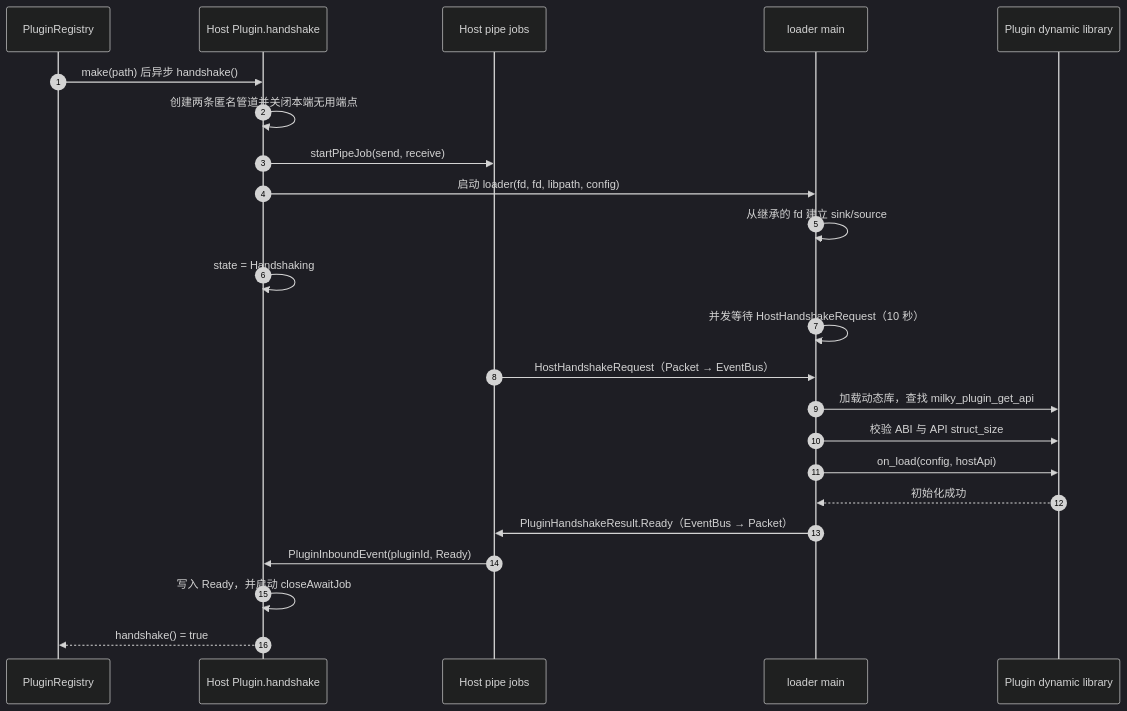
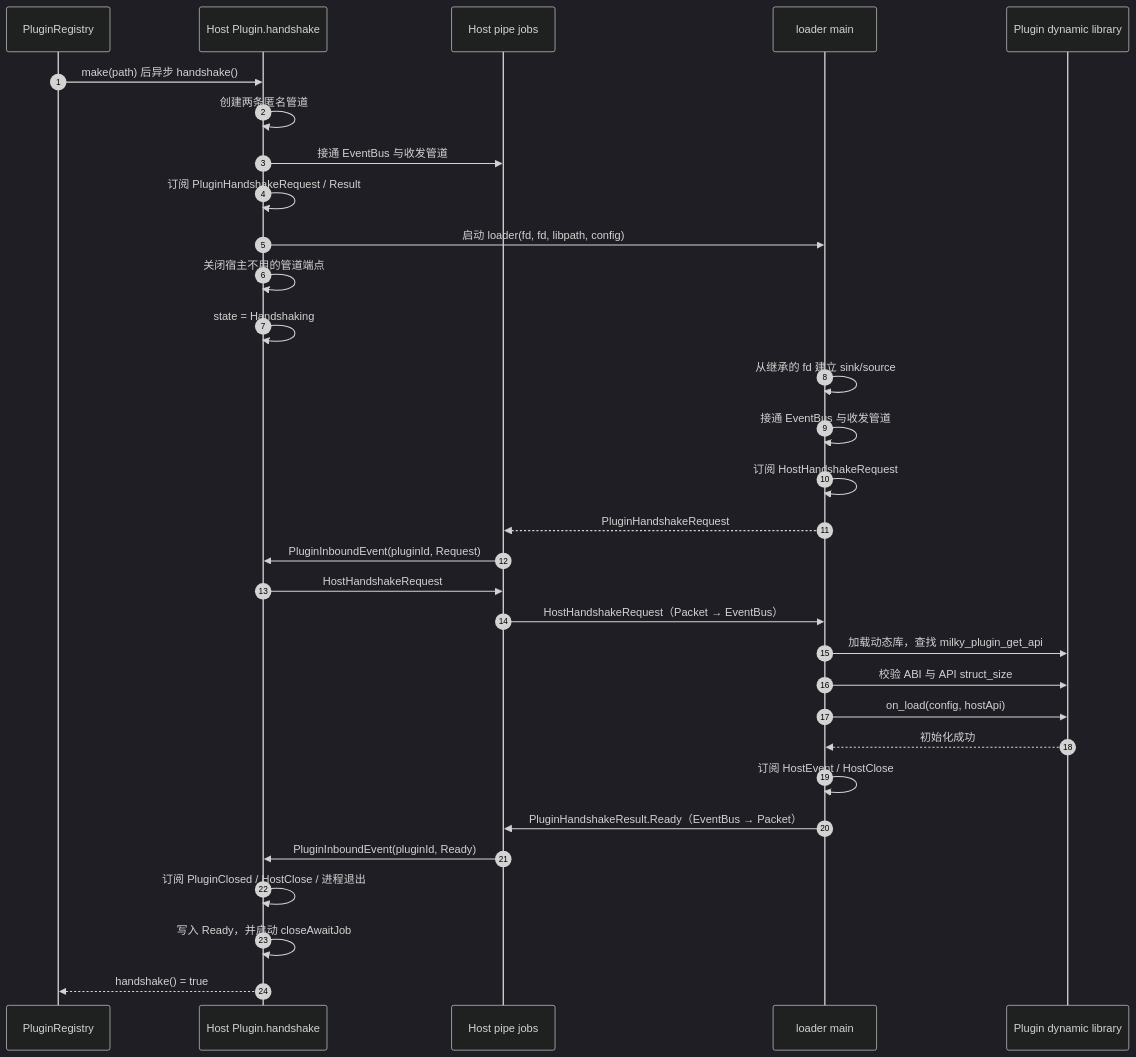
One commit to magic-cucumber/milky-console changed the second of 3 diagrams in docs/plugin-lifecycle.md. Above: the diagram before and after it, drawn with Mermaid (dark theme). The commit also changed other lines of this file and 9 other files, not shown here.

````diff
--- a/docs/plugin-lifecycle.md
+++ b/docs/plugin-lifecycle.md
@@ -47,26 +46,34 @@
 ```mermaid
 sequenceDiagram
     autonumber
     participant R as PluginRegistry
     participant H as Host Plugin.handshake
     participant HP as Host pipe jobs
     participant L as loader main
     participant D as Plugin dynamic library
 
     R->>H: make(path) 后异步 handshake()
-    H->>H: 创建两条匿名管道并关闭本端无用端点
-    H->>HP: startPipeJob(send, receive)
+    H->>H: 创建两条匿名管道
+    H->>HP: 接通 EventBus 与收发管道
+    H->>H: 订阅 PluginHandshakeRequest / Result
     H->>L: 启动 loader(fd, fd, libpath, config)
+    H->>H: 关闭宿主不用的管道端点
+    H->>H: state = Handshaking
     L->>L: 从继承的 fd 建立 sink/source
-    H->>H: state = Handshaking
-    L->>L: 并发等待 HostHandshakeRequest（10 秒）
+    L->>L: 接通 EventBus 与收发管道
+    L->>L: 订阅 HostHandshakeRequest
+    L-->>HP: PluginHandshakeRequest
+    HP->>H: PluginInboundEvent(pluginId, Request)
+    H->>HP: HostHandshakeRequest
     HP->>L: HostHandshakeRequest（Packet → EventBus）
     L->>D: 加载动态库，查找 milky_plugin_get_api
     L->>D: 校验 ABI 与 API struct_size
     L->>D: on_load(config, hostApi)
     D-->>L: 初始化成功
+    L->>L: 订阅 HostEvent / HostClose
     L->>HP: PluginHandshakeResult.Ready（EventBus → Packet）
     HP->>H: PluginInboundEvent(pluginId, Ready)
+    H->>H: 订阅 PluginClosed / HostClose / 进程退出
     H->>H: 写入 Ready，并启动 closeAwaitJob
     H-->>R: handshake() = true
 ```
````
